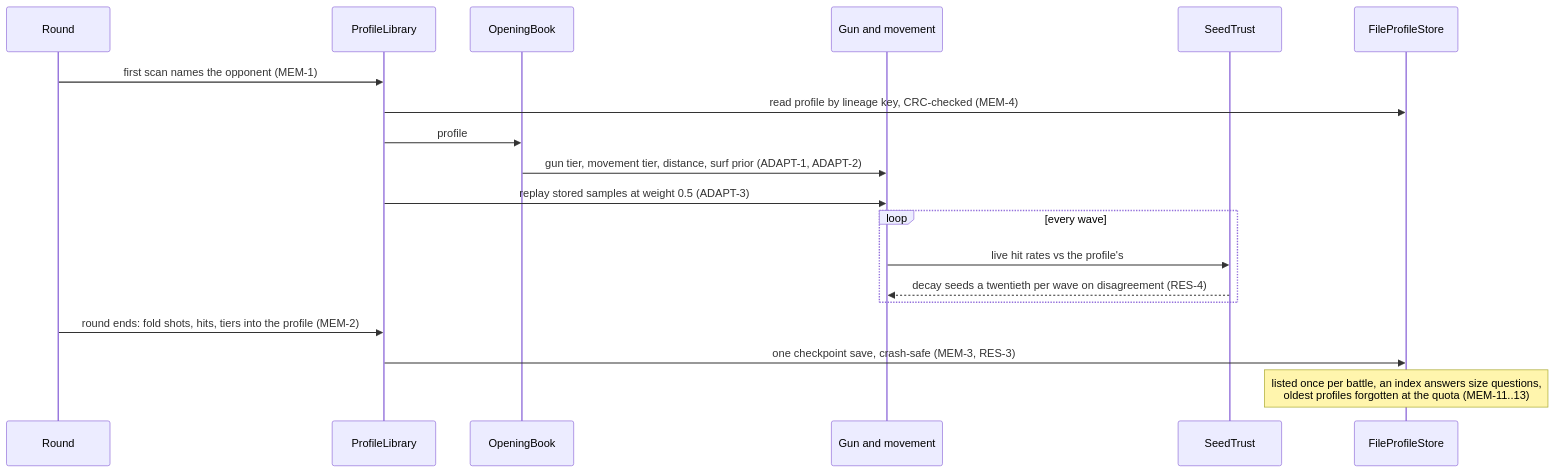
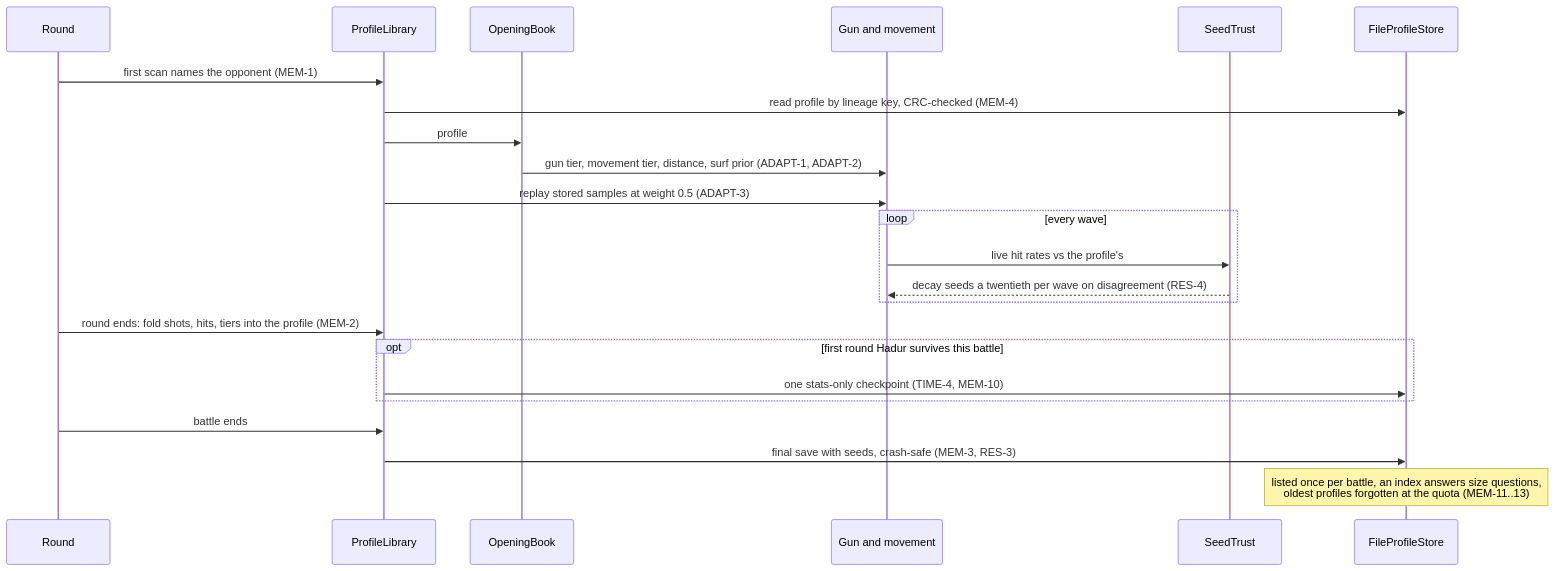
The third of 4 diagrams in README.md (lgriffin/Hadur_Robot), drawn with Mermaid before and after one commit. The commit also changed other lines of this file, not shown here.

First line of the commit message:
docs: README diagrams follow the code: posture before events, guard return fire, one checkpoint

````diff
--- a/README.md
+++ b/README.md
@@ -191,21 +194,25 @@
 ```mermaid
 sequenceDiagram
     participant R as Round
     participant Lib as ProfileLibrary
     participant Book as OpeningBook
     participant Gun as Gun and movement
     participant Trust as SeedTrust
     participant Store as FileProfileStore
     R->>Lib: first scan names the opponent (MEM-1)
     Lib->>Store: read profile by lineage key, CRC-checked (MEM-4)
     Lib->>Book: profile
     Book->>Gun: gun tier, movement tier, distance, surf prior (ADAPT-1, ADAPT-2)
     Lib->>Gun: replay stored samples at weight 0.5 (ADAPT-3)
     loop every wave
         Gun->>Trust: live hit rates vs the profile's
         Trust-->>Gun: decay seeds a twentieth per wave on disagreement (RES-4)
     end
     R->>Lib: round ends: fold shots, hits, tiers into the profile (MEM-2)
-    Lib->>Store: one checkpoint save, crash-safe (MEM-3, RES-3)
+    opt first round Hadur survives this battle
+        Lib->>Store: one stats-only checkpoint (TIME-4, MEM-10)
+    end
+    R->>Lib: battle ends
+    Lib->>Store: final save with seeds, crash-safe (MEM-3, RES-3)
     Note over Store: listed once per battle, an index answers size questions,<br/>oldest profiles forgotten at the quota (MEM-11..13)
 ```
````
